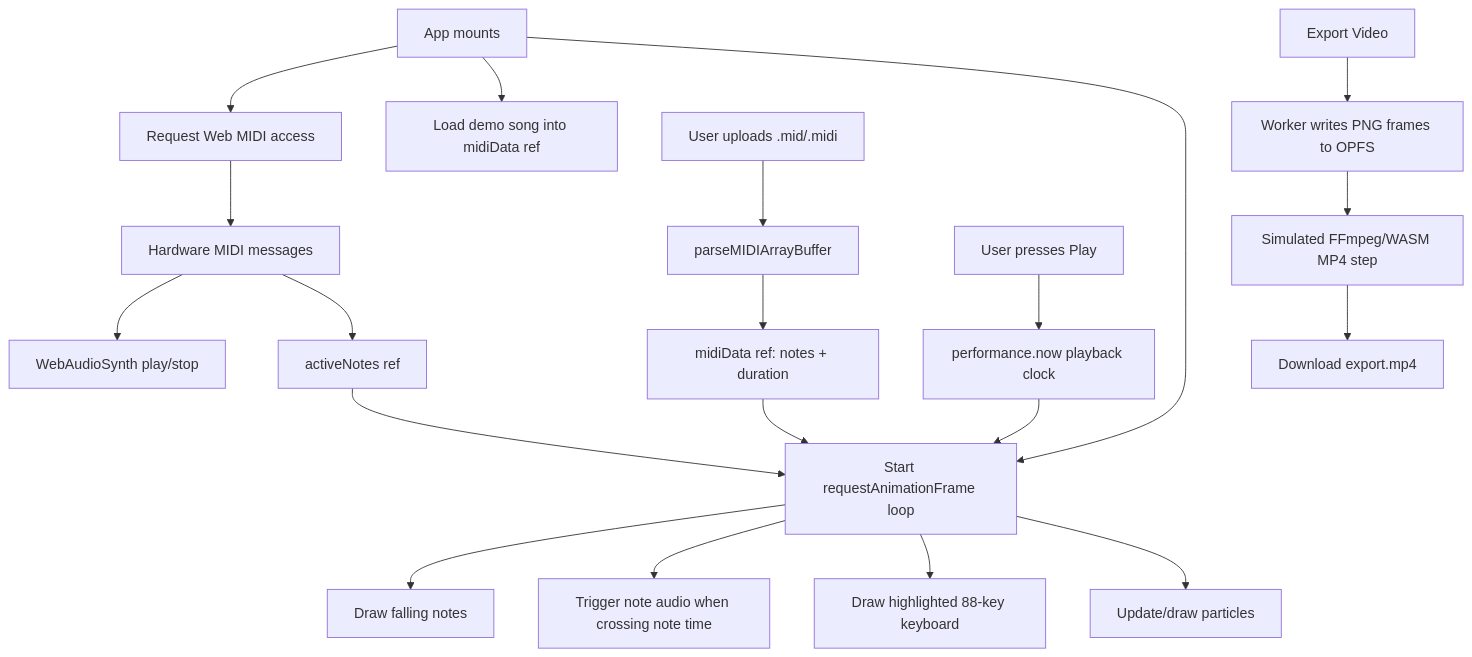
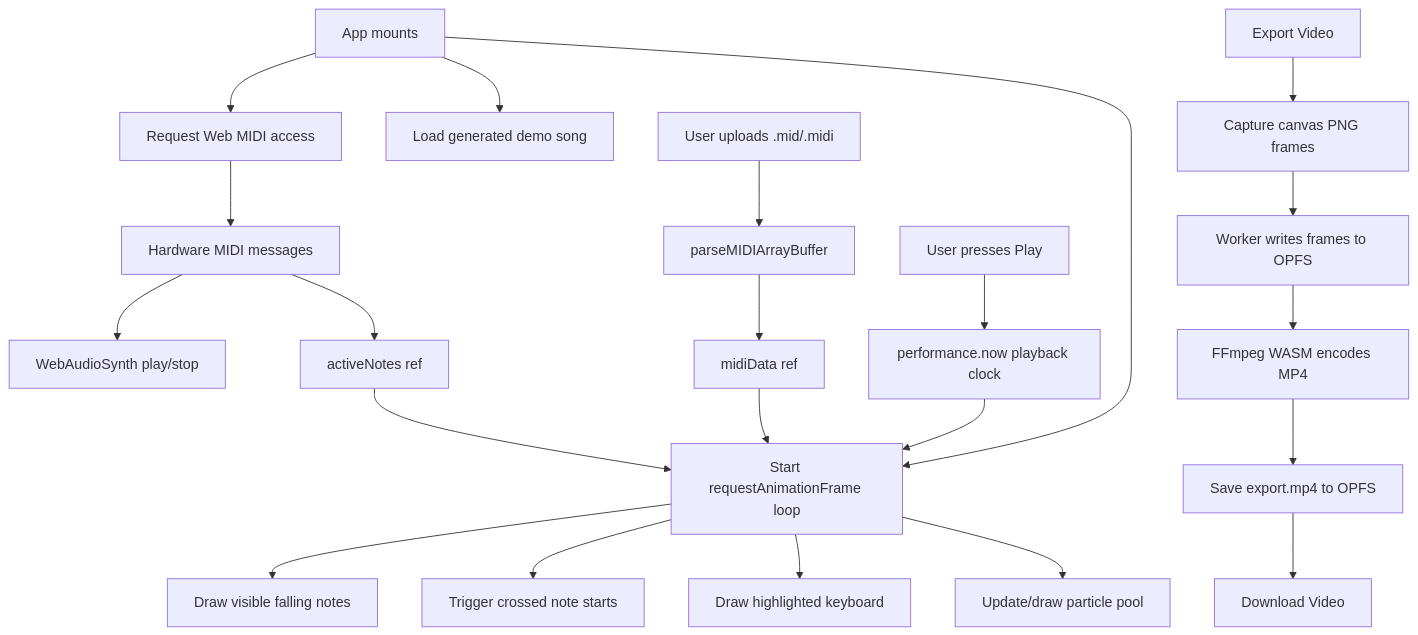
The diagram in README.md (aadilmallick/midivisualizer), drawn with Mermaid before and after one commit. The commit also changed other lines of this file and 1 other file, not shown here.

````diff
--- a/README.md
+++ b/README.md
@@ -63,22 +85,24 @@
 ```mermaid
 flowchart TD
     Start[App mounts] --> InitMIDI[Request Web MIDI access]
-    Start --> LoadDemo[Load demo song into midiData ref]
+    Start --> LoadDemo[Load generated demo song]
     Start --> CanvasLoop[Start requestAnimationFrame loop]
     InitMIDI --> LiveInput[Hardware MIDI messages]
     LiveInput --> SynthLive[WebAudioSynth play/stop]
     LiveInput --> ActiveNotes[activeNotes ref]
     Upload[User uploads .mid/.midi] --> Parser[parseMIDIArrayBuffer]
-    Parser --> MidiData[midiData ref: notes + duration]
+    Parser --> MidiData[midiData ref]
     Play[User presses Play] --> Clock[performance.now playback clock]
     Clock --> CanvasLoop
     MidiData --> CanvasLoop
     ActiveNotes --> CanvasLoop
-    CanvasLoop --> DrawNotes[Draw falling notes]
-    CanvasLoop --> TriggerPlaybackAudio[Trigger note audio when crossing note time]
-    CanvasLoop --> DrawKeyboard[Draw highlighted 88-key keyboard]
-    CanvasLoop --> Particles[Update/draw particles]
-    Export[Export Video] --> Worker[Worker writes PNG frames to OPFS]
-    Worker --> MockEncode[Simulated FFmpeg/WASM MP4 step]
-    MockEncode --> Download[Download export.mp4]
+    CanvasLoop --> DrawNotes[Draw visible falling notes]
+    CanvasLoop --> TriggerPlaybackAudio[Trigger crossed note starts]
+    CanvasLoop --> DrawKeyboard[Draw highlighted keyboard]
+    CanvasLoop --> Particles[Update/draw particle pool]
+    Export[Export Video] --> Capture[Capture canvas PNG frames]
+    Capture --> Worker[Worker writes frames to OPFS]
+    Worker --> FFMPEG[FFmpeg WASM encodes MP4]
+    FFMPEG --> OPFSVideo[Save export.mp4 to OPFS]
+    OPFSVideo --> Download[Download Video]
 ```
````
